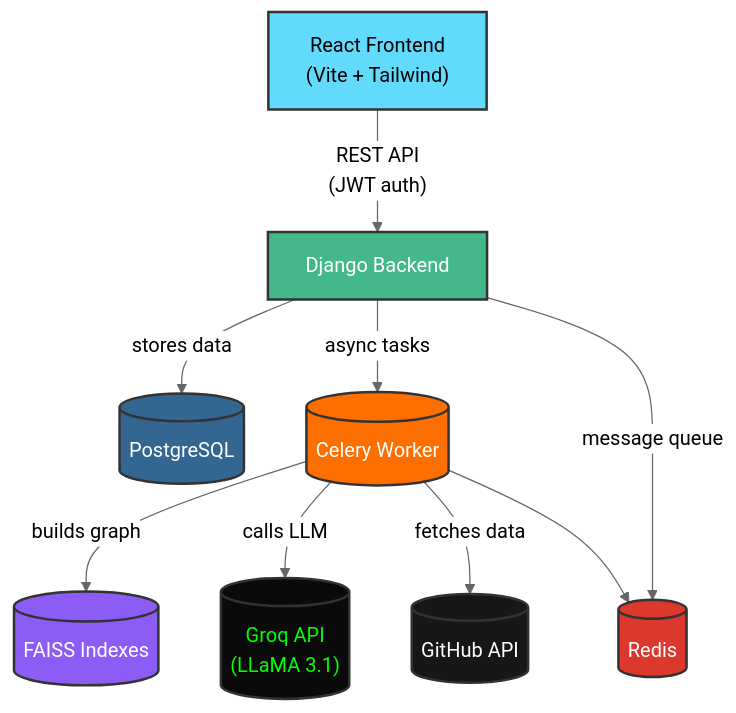
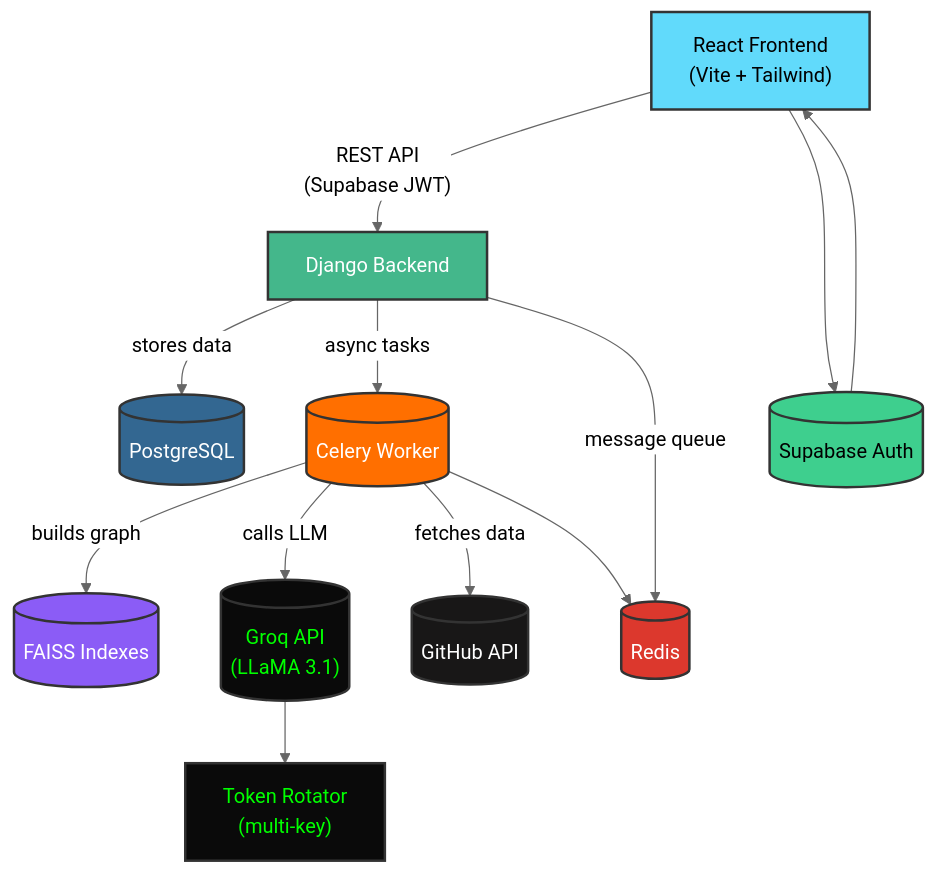
One commit to Kpranav-Kp/repo-insight changed the diagram in README.md. Above: the diagram before and after it, drawn with Mermaid (neutral theme). The commit also changed other lines of this file and 1 other file, not shown here.

````diff
--- a/README.md
+++ b/README.md
@@ -31,29 +31,35 @@
 ```mermaid
 graph TD
-    A["React Frontend<br/>(Vite + Tailwind)"] -->|"REST API<br/>(JWT auth)"| B["Django Backend"]
+    A["React Frontend<br/>(Vite + Tailwind)"] -->|"REST API<br/>(Supabase JWT)"| B["Django Backend"]
+    A ---> I[("Supabase Auth")]
+    I --> A
     B -->|"stores data"| C[("PostgreSQL")]
     B -->|"async tasks"| D[("Celery Worker")]
     D -->|"builds graph"| E[("FAISS Indexes")]
     D -->|"calls LLM"| F[("Groq API<br/>(LLaMA 3.1)")]
+    F --> J["Token Rotator<br/>(multi-key)"]
     D -->|"fetches data"| G[("GitHub API")]
     B -->|"message queue"| H[("Redis")]
     D --> H
 
     classDef frontend fill:#61DAFB,stroke:#333,color:#000,stroke-width:2px;
     classDef backend fill:#44B78B,stroke:#333,color:#fff,stroke-width:2px;
+    classDef auth fill:#3ECF8E,stroke:#333,color:#000,stroke-width:2px;
     classDef db fill:#336791,stroke:#333,color:#fff,stroke-width:2px;
     classDef worker fill:#FF6F00,stroke:#333,color:#fff,stroke-width:2px;
     classDef vector fill:#8B5CF6,stroke:#333,color:#fff,stroke-width:2px;
     classDef llm fill:#0A0A0A,stroke:#333,color:#0f0,stroke-width:2px;
     classDef api fill:#181717,stroke:#333,color:#fff,stroke-width:2px;
     classDef cache fill:#DC382D,stroke:#333,color:#fff,stroke-width:2px;
 
     class A frontend;
     class B backend;
+    class I auth;
     class C db;
     class D worker;
     class E vector;
     class F llm;
+    class J llm;
     class G api;
     class H cache;
 ```
````
